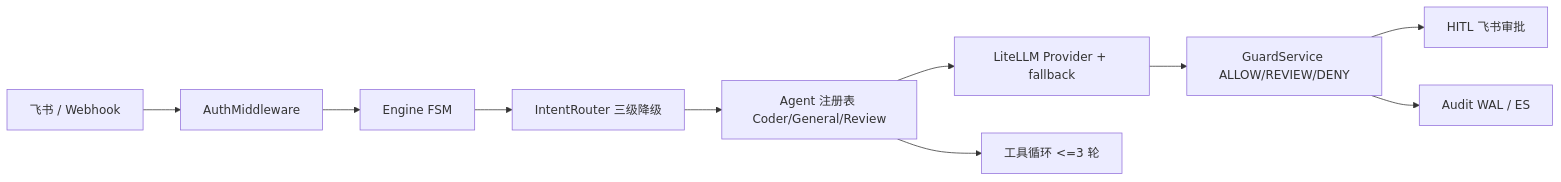
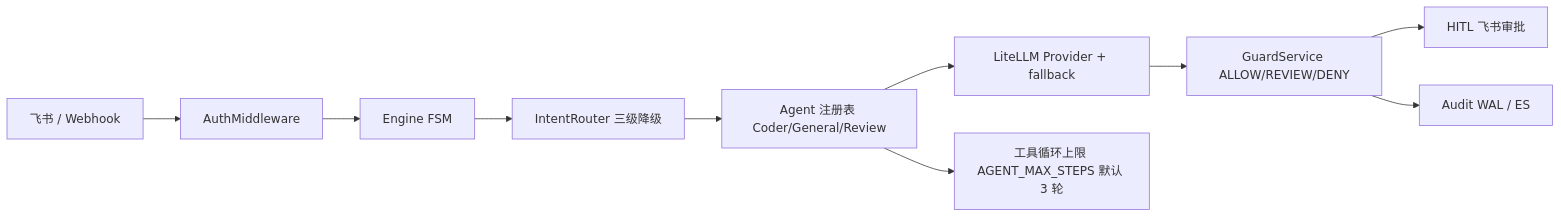
One commit to shing26/moa-gateway changed the diagram in README.md. Above: the diagram before and after it, drawn with Mermaid. The commit also changed other lines of this file and 9 other files, not shown here.

First line of the commit message:
chore(agent+docs): 工具轮次上限统一为 AGENT_MAX_STEPS、ADR-015 与 CONTEXT.md

````diff
--- a/README.md
+++ b/README.md
@@ -11,12 +11,12 @@
 ```mermaid
 flowchart LR
   A[飞书 / Webhook] --> B[AuthMiddleware]
   B --> C[Engine FSM]
   C --> D[IntentRouter 三级降级]
   D --> E[Agent 注册表 Coder/General/Review]
   E --> F[LiteLLM Provider + fallback]
-  E --> G[工具循环 <=3 轮]
+  E --> G[工具循环上限 AGENT_MAX_STEPS 默认 3 轮]
   F --> H[GuardService ALLOW/REVIEW/DENY]
   H --> I[HITL 飞书审批]
   H --> J[Audit WAL / ES]
 ```
````
